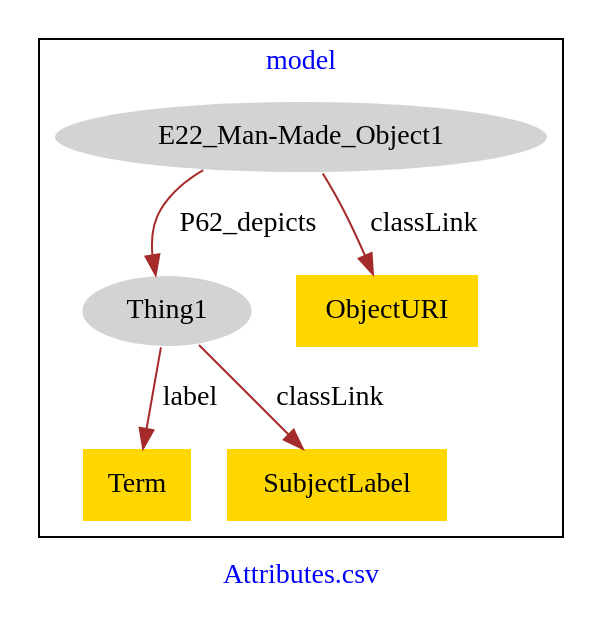
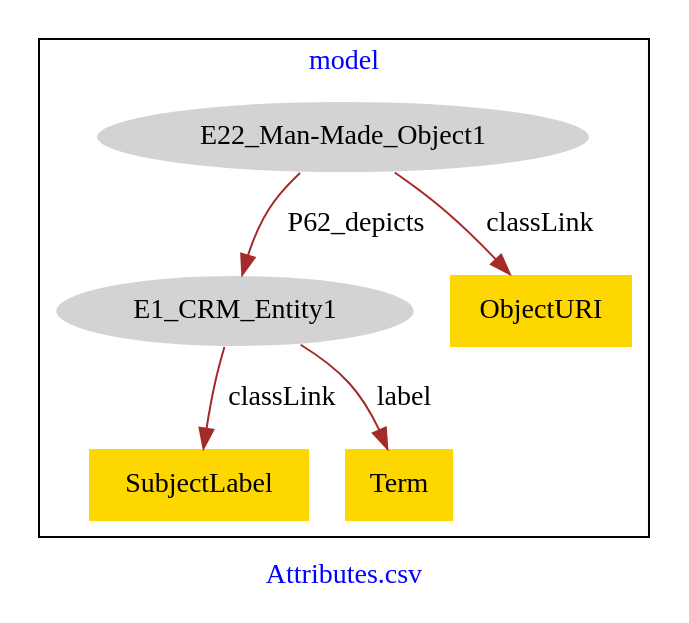
The diagram in Attributes/Attributes-model.dot (american-art/GM), drawn with Graphviz before and after one commit.

Commit message:
Update file Attributes-model.dot

```diff
--- a/Attributes/Attributes-model.dot
+++ b/Attributes/Attributes-model.dot
@@ -1,17 +1,17 @@
 digraph n0 {
 fontcolor="blue"
 remincross="true"
 label="Attributes.csv"
 subgraph cluster {
 label="model"
 n2[style="filled",color="white",fillcolor="lightgray",label="E22_Man-Made_Object1"];
-n3[style="filled",color="white",fillcolor="lightgray",label="Thing1"];
-n4[shape="plaintext",style="filled",fillcolor="gold",label="Term"];
-n5[shape="plaintext",style="filled",fillcolor="gold",label="ObjectURI"];
-n6[shape="plaintext",style="filled",fillcolor="gold",label="SubjectLabel"];
+n3[style="filled",color="white",fillcolor="lightgray",label="E1_CRM_Entity1"];
+n4[shape="plaintext",style="filled",fillcolor="gold",label="SubjectLabel"];
+n5[shape="plaintext",style="filled",fillcolor="gold",label="Term"];
+n6[shape="plaintext",style="filled",fillcolor="gold",label="ObjectURI"];
 }
 n2 -> n3[color="brown",fontcolor="black",label="P62_depicts"]
-n3 -> n4[color="brown",fontcolor="black",label="label"]
-n2 -> n5[color="brown",fontcolor="black",label="classLink"]
-n3 -> n6[color="brown",fontcolor="black",label="classLink"]
+n3 -> n4[color="brown",fontcolor="black",label="classLink"]
+n3 -> n5[color="brown",fontcolor="black",label="label"]
+n2 -> n6[color="brown",fontcolor="black",label="classLink"]
 }
```
